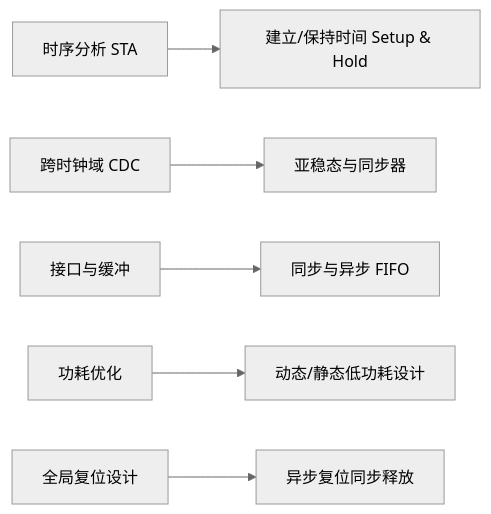
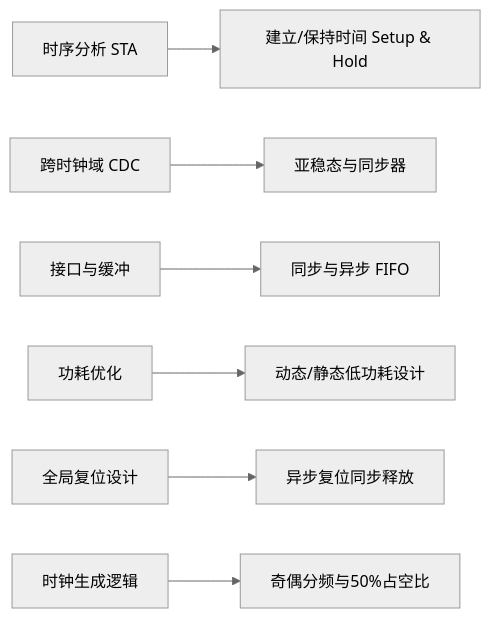
The diagram in docs/ic-interview/index.md (hyh20050326-web/notes), drawn with Mermaid (neutral theme) before and after one commit. The commit also changed other lines of this file and 5 other files, not shown here.

````diff
--- a/docs/ic-interview/index.md
+++ b/docs/ic-interview/index.md
@@ -9,8 +9,9 @@
 ```mermaid
 graph LR
     A[时序分析 STA] --> B[建立/保持时间 Setup & Hold]
     C[跨时钟域 CDC] --> D[亚稳态与同步器]
     E[接口与缓冲] --> F[同步与异步 FIFO]
     G[功耗优化] --> H[动态/静态低功耗设计]
     I[全局复位设计] --> J[异步复位同步释放]
+    K[时钟生成逻辑] --> L[奇偶分频与50%占空比]
 ```
````
